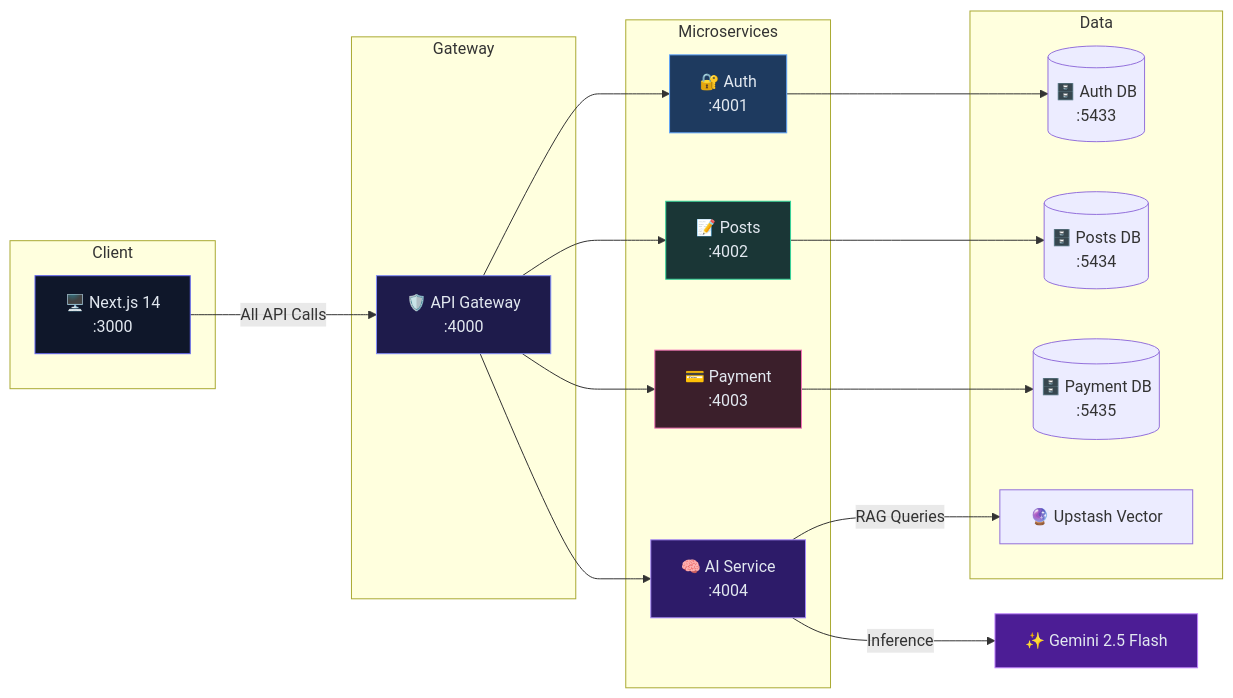
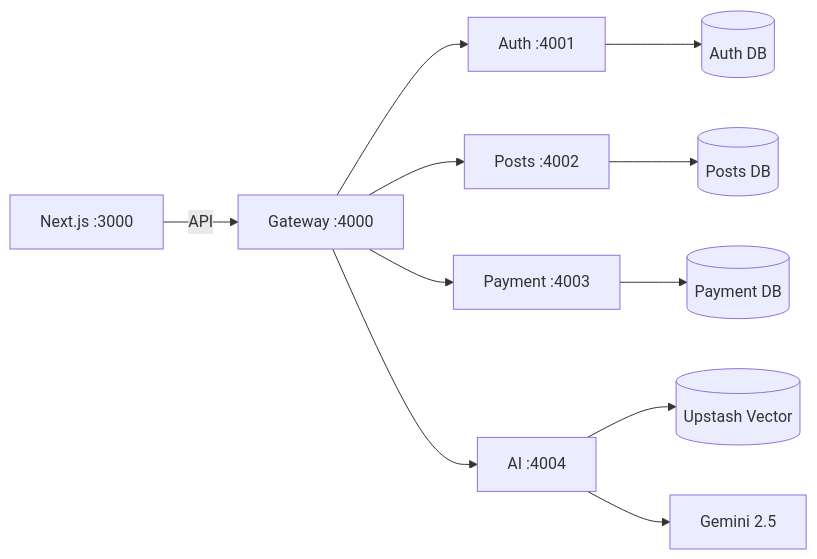
Before and after one commit to Luff-Org/Luff-Boilerplate: the first of 4 diagrams in README.md, drawn with Mermaid. The commit also changed other lines of this file and 1 other file, not shown here.

Commit message:
fix(docs): simplify mermaid diagram labels to prevent word cutoff

````diff
--- a/README.md
+++ b/README.md
@@ -26,43 +26,13 @@
 ```mermaid
 graph LR
-  subgraph Client
-    A["🖥️ Next.js 14<br/>:3000"]
-  end
-
-  subgraph Gateway
-    B["🛡️ API Gateway<br/>:4000"]
-  end
-
-  subgraph Microservices
-    C["🔐 Auth<br/>:4001"]
-    D["📝 Posts<br/>:4002"]
-    E["💳 Payment<br/>:4003"]
-    F["🧠 AI Service<br/>:4004"]
-  end
-
-  subgraph Data
-    G[("🗄️ Auth DB<br/>:5433")]
-    H[("🗄️ Posts DB<br/>:5434")]
-    I[("🗄️ Payment DB<br/>:5435")]
-    J["🔮 Upstash Vector"]
-  end
-
-  A -->|"All API Calls"| B
-  B --> C
-  B --> D
-  B --> E
-  B --> F
-  C --> G
-  D --> H
-  E --> I
-  F -->|"RAG Queries"| J
-  F -->|"Inference"| K["✨ Gemini 2.5 Flash"]
-
-  style A fill:#0f172a,stroke:#6366f1,color:#e2e8f0
-  style B fill:#1e1b4b,stroke:#818cf8,color:#e2e8f0
-  style C fill:#1e3a5f,stroke:#60a5fa,color:#e2e8f0
-  style D fill:#1a3636,stroke:#34d399,color:#e2e8f0
-  style E fill:#3b1f2b,stroke:#f472b6,color:#e2e8f0
-  style F fill:#2d1b69,stroke:#a78bfa,color:#e2e8f0
-  style K fill:#4c1d95,stroke:#c084fc,color:#e2e8f0
+  A["Next.js :3000"] -->|API| B["Gateway :4000"]
+  B --> C["Auth :4001"]
+  B --> D["Posts :4002"]
+  B --> E["Payment :4003"]
+  B --> F["AI :4004"]
+  C --> G[(Auth DB)]
+  D --> H[(Posts DB)]
+  E --> I[(Payment DB)]
+  F --> J[(Upstash Vector)]
+  F --> K["Gemini 2.5"]
 ```
````
